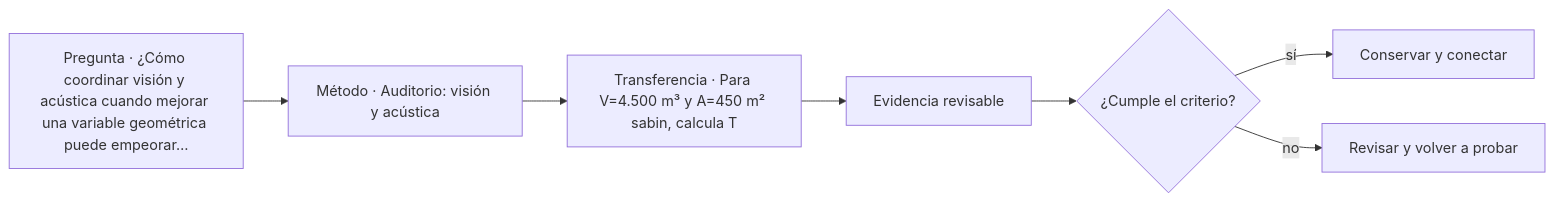
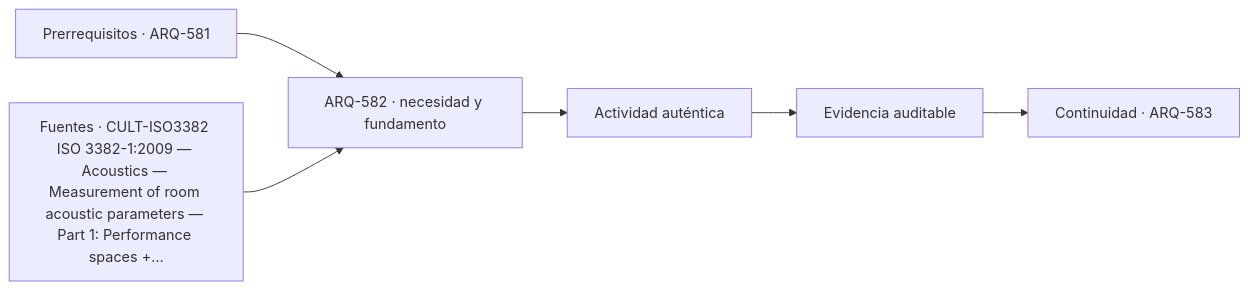
Before and after one commit to vladimiracunadev-create/architecture-built-environment-learning-program: the diagram in classes/parte-59/ARQ-582.md, drawn with Mermaid. The commit also changed other lines of this file and 761 other files, not shown here.

````diff
--- a/classes/parte-59/ARQ-582.md
+++ b/classes/parte-59/ARQ-582.md
@@ -93,9 +105,8 @@
 ```mermaid
 flowchart LR
-    Q["Pregunta · ¿Cómo coordinar visión y acústica cuando mejorar una variable geométrica puede empeorar…"] --> M["Método · Auditorio: visión y acústica"]
-    M --> P["Transferencia · Para V=4.500 m³ y A=450 m² sabin, calcula T"]
-    P --> E["Evidencia revisable"]
-    E --> C{"¿Cumple el criterio?"}
-    C -->|sí| T["Conservar y conectar"]
-    C -->|no| R["Revisar y volver a probar"]
+    A["Prerrequisitos · ARQ-581"] --> B["ARQ-582 · necesidad y fundamento"]
+    S["Fuentes · CULT-ISO3382 ISO 3382-1:2009 — Acoustics — Measurement of room acoustic parameters — Part 1: Performance spaces +…"] --> B
+    B --> C["Actividad auténtica"]
+    C --> D["Evidencia auditable"]
+    D --> E["Continuidad · ARQ-583"]
 ```
````
